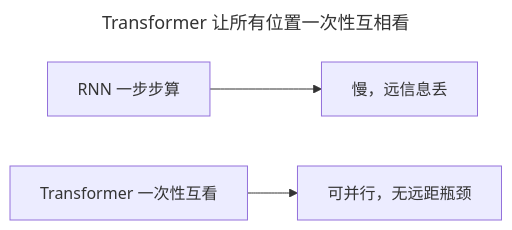
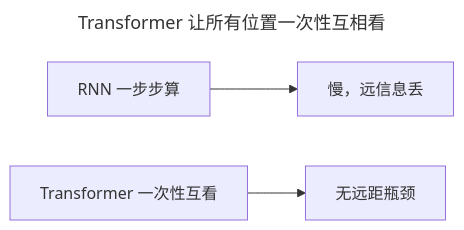
One commit to Joneyao/dl-from-scratch changed the first of 4 diagrams in docs/articles/20-transformer.md. Above: the diagram before and after it, drawn with Mermaid. The commit also changed other lines of this file and 1 other file, not shown here.

Commit message:
docs(dl): 评审修复第四批（边界代价+去重）

````diff
--- a/docs/articles/20-transformer.md
+++ b/docs/articles/20-transformer.md
@@ -21,8 +21,8 @@
 ```mermaid
 ---
 title: Transformer 让所有位置一次性互相看
 ---
 flowchart LR
     A[RNN 一步步算] --> B[慢，远信息丢]
-    C[Transformer 一次性互看] --> D[可并行，无远距瓶颈]
+    C[Transformer 一次性互看] --> D[无远距瓶颈]
 ```
````
